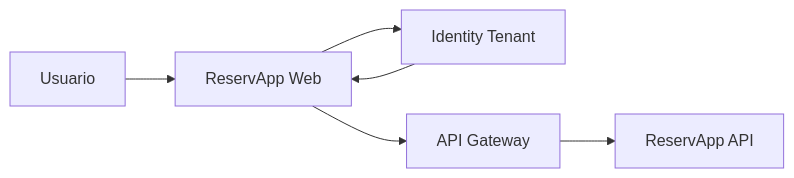
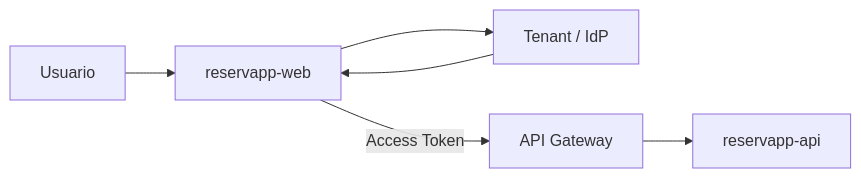
One commit to cmartinezs/DSY1107-DESARROLLO-CLOUD-NATIVE-I-2026-2 changed the sixth of 10 diagrams in semanas/semana-02/03-configurando-tenant.md. Above: the diagram before and after it, drawn with Mermaid. The commit also changed other lines of this file, not shown here.

Commit message:
docs: profundiza concepto de tenant y agrega Mermaid

````diff
--- a/semanas/semana-02/03-configurando-tenant.md
+++ b/semanas/semana-02/03-configurando-tenant.md
@@ -140,8 +201,8 @@
 ```mermaid
 flowchart LR
-    U[Usuario] --> W[ReservApp Web]
-    W --> I[Identity Tenant]
-    I --> W
-    W --> G[API Gateway]
-    G --> A[ReservApp API]
+    U[Usuario] --> WEB[reservapp-web]
+    WEB --> IDP[Tenant / IdP]
+    IDP --> WEB
+    WEB -->|Access Token| GW[API Gateway]
+    GW --> API[reservapp-api]
 ```
````
